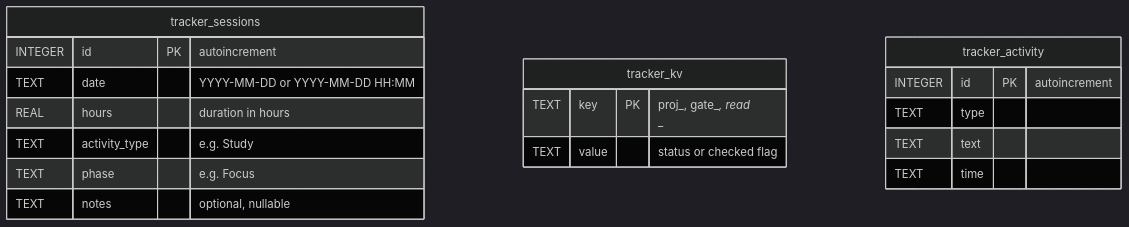
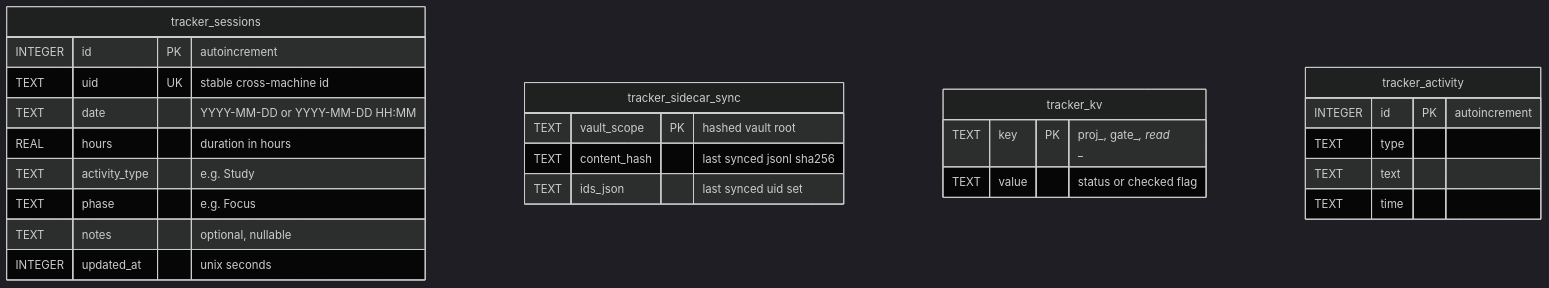
One commit to Suranjan77/md-editor changed the diagram in wiki/Study-Tracker.md. Above: the diagram before and after it, drawn with Mermaid (dark theme). The commit also changed other lines of this file and 110 other files, not shown here.

````diff
--- a/wiki/Study-Tracker.md
+++ b/wiki/Study-Tracker.md
@@ -17,21 +17,28 @@
 ```mermaid
 erDiagram
     tracker_sessions {
         INTEGER id PK "autoincrement"
+        TEXT uid UK "stable cross-machine id"
         TEXT date "YYYY-MM-DD or YYYY-MM-DD HH:MM"
         REAL hours "duration in hours"
         TEXT activity_type "e.g. Study"
         TEXT phase "e.g. Focus"
         TEXT notes "optional, nullable"
+        INTEGER updated_at "unix seconds"
+    }
+    tracker_sidecar_sync {
+        TEXT vault_scope PK "hashed vault root"
+        TEXT content_hash "last synced jsonl sha256"
+        TEXT ids_json "last synced uid set"
     }
     tracker_kv {
         TEXT key PK "proj_<id>, gate_<id>_<n>, read_<section>_<n>"
         TEXT value "status or checked flag"
     }
     tracker_activity {
         INTEGER id PK "autoincrement"
         TEXT type
         TEXT text
         TEXT time
     }
 ```
````
